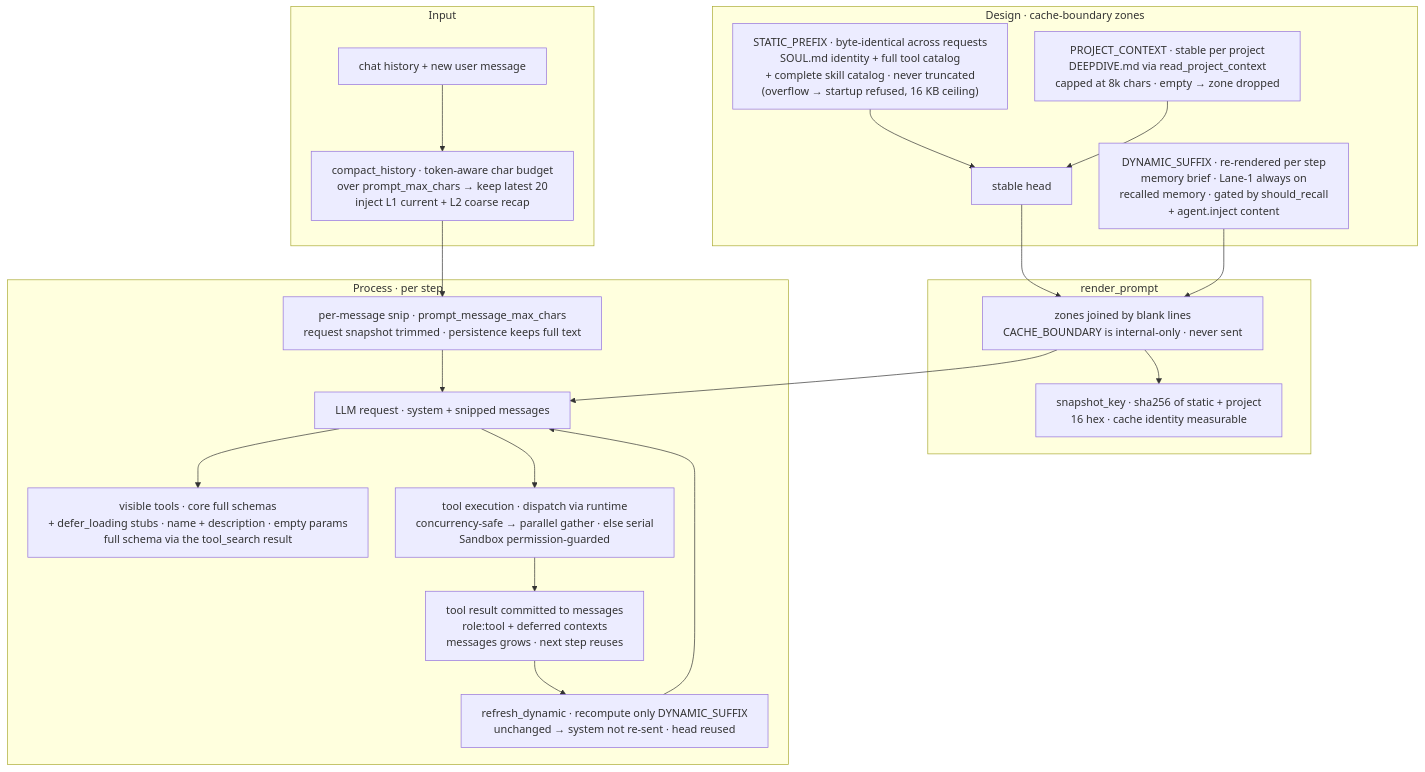
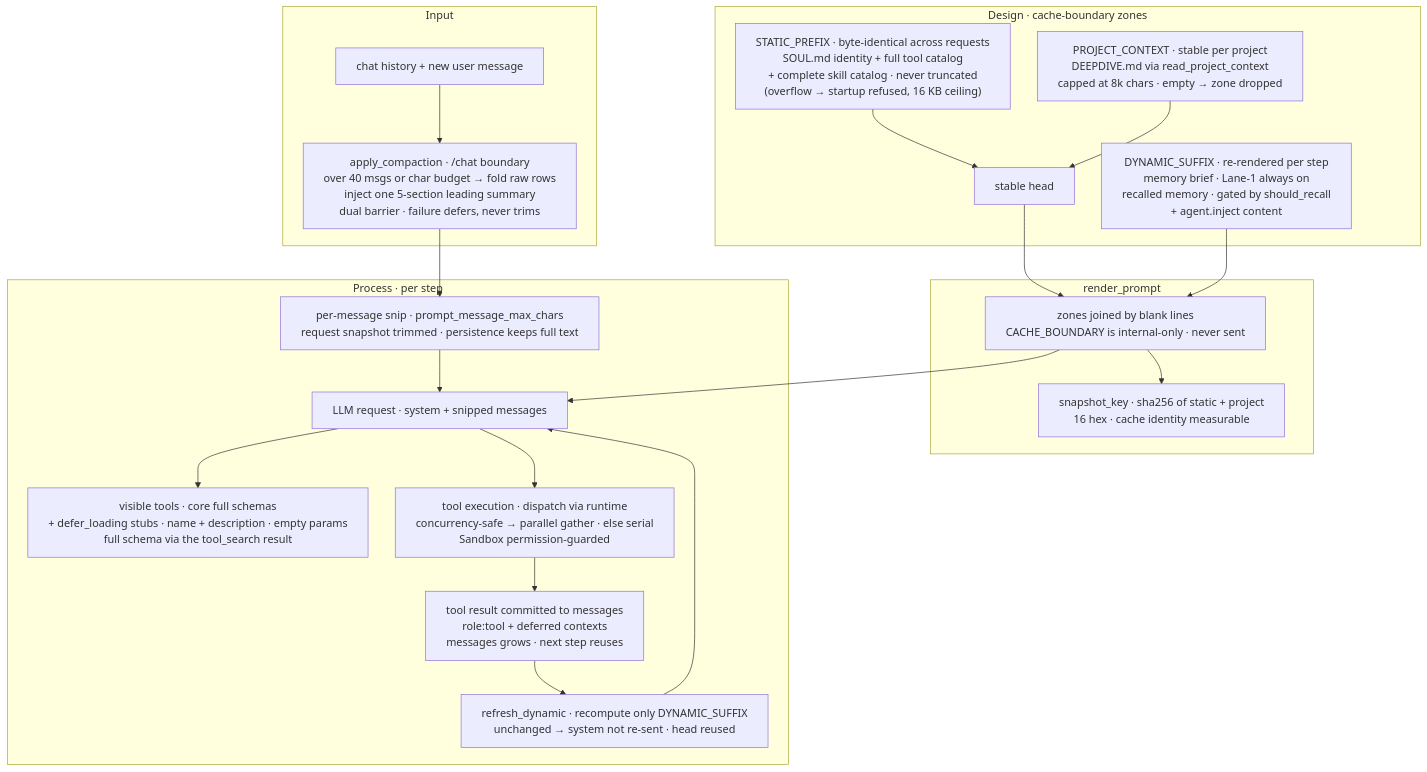
One commit to Eric-LLMs/DeepDive changed the fourth of 5 diagrams in docs/architecture-diagrams.md. Above: the diagram before and after it, drawn with Mermaid. The commit also changed other lines of this file and 2 other files, not shown here.

Commit message:
docs: sync session-memory v2 design — §22 chat Live State, zero-read turns, barriered compaction

````diff
--- a/docs/architecture-diagrams.md
+++ b/docs/architecture-diagrams.md
@@ -151,44 +153,44 @@
 ```mermaid
 %%{init: {"flowchart": {"wrappingWidth": 500, "nodeSpacing": 40, "rankSpacing": 50}}}%%
 flowchart TB
     %% Prompt module: cache-boundary assembly + compression + deferred tool stubs.
     %% Invariants: the CACHE_BOUNDARY separator is internal-only and never rendered; the stable
     %% head (STATIC_PREFIX + PROJECT_CONTEXT) is byte-identical so the provider prefix cache is
     %% reused; only the DYNAMIC_SUFFIX re-renders per step and is skipped when unchanged; the
     %% per-message snip trims the request snapshot only, keeping the persistence copy raw; mounted
     %% tools appear as stable defer_loading stubs, with the full schema riding in the tool_search
     %% result.
 
     subgraph input["Input"]
         HIST["chat history + new user message"]
-        AUTO["compact_history · token-aware char budget<br/>over prompt_max_chars → keep latest 20<br/>inject L1 current + L2 coarse recap"]
+        AUTO["apply_compaction · /chat boundary<br/>over 40 msgs or char budget → fold raw rows<br/>inject one 5-section leading summary<br/>dual barrier · failure defers, never trims"]
         HIST --> AUTO
     end
 
     subgraph zones["Design · cache-boundary zones"]
         SP["STATIC_PREFIX · byte-identical across requests<br/>SOUL.md identity + full tool catalog<br/>+ complete skill catalog · never truncated<br/>(overflow → startup refused, 16 KB ceiling)"]
         PC["PROJECT_CONTEXT · stable per project<br/>DEEPDIVE.md via read_project_context<br/>capped at 8k chars · empty → zone dropped"]
         DS["DYNAMIC_SUFFIX · re-rendered per step<br/>memory brief · Lane-1 always on<br/>recalled memory · gated by should_recall<br/>+ agent.inject content"]
         SP --> HEAD["stable head"]
         PC --> HEAD
     end
 
     subgraph render["render_prompt"]
         HEAD --> RENDER
         DS --> RENDER
         RENDER["zones joined by blank lines<br/>CACHE_BOUNDARY is internal-only · never sent"]
         RENDER --> KEY["snapshot_key · sha256 of static + project<br/>16 hex · cache identity measurable"]
     end
 
     subgraph perstep["Process · per step"]
         SNIP["per-message snip · prompt_message_max_chars<br/>request snapshot trimmed · persistence keeps full text"]
         AUTO --> SNIP
         SNIP --> REQ["LLM request · system + snipped messages"]
         REQ --> TOOLS["visible tools · core full schemas<br/>+ defer_loading stubs · name + description · empty params<br/>full schema via the tool_search result"]
         REQ --> EXEC["tool execution · dispatch via runtime<br/>concurrency-safe → parallel gather · else serial<br/>Sandbox permission-guarded"]
         EXEC --> COMMIT["tool result committed to messages<br/>role:tool + deferred contexts<br/>messages grows · next step reuses"]
         COMMIT --> REFRESH["refresh_dynamic · recompute only DYNAMIC_SUFFIX<br/>unchanged → system not re-sent · head reused"]
         REFRESH --> REQ
         RENDER --> REQ
     end
 ```
````
